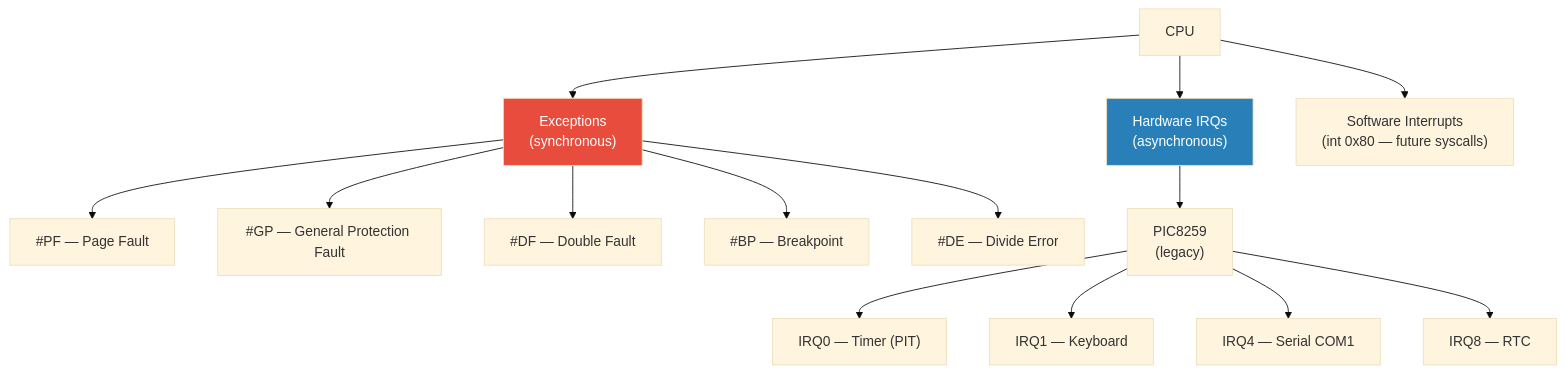
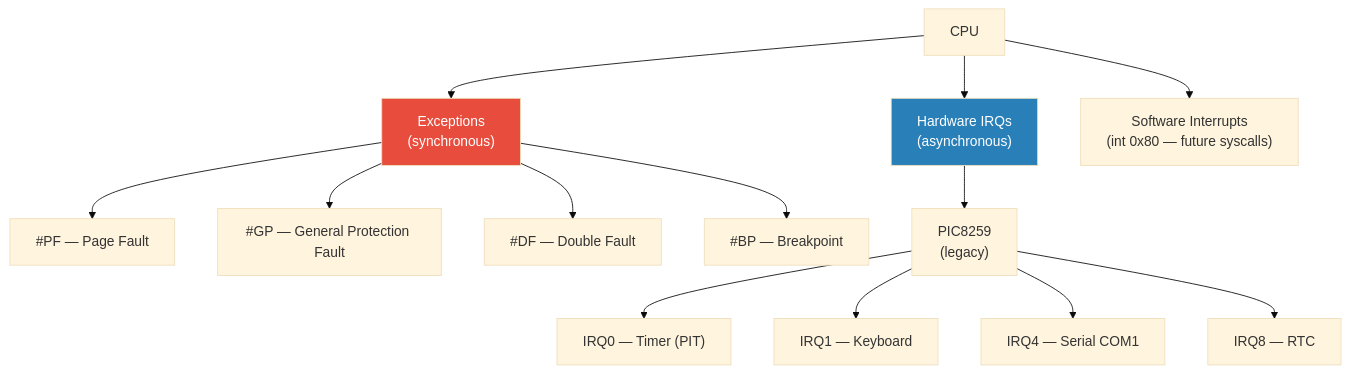
The first of 3 diagrams in docs/04-interrupts.md (mikecubed/m3OS), drawn with Mermaid (base theme) before and after one commit. The commit also changed other lines of this file and 13 other files, not shown here.

First line of the commit message:
Phase 3: Interrupts (GDT/IDT/PIC/Timer/Keyboard) (#2)

````diff
--- a/docs/04-interrupts.md
+++ b/docs/04-interrupts.md
@@ -14,21 +14,20 @@
 ```mermaid
 graph TD
-    CPU["CPU"] --> EXC["Exceptions\n(synchronous)"]
-    CPU --> HW["Hardware IRQs\n(asynchronous)"]
-    CPU --> SWI["Software Interrupts\n(int 0x80 — future syscalls)"]
+    CPU["CPU"] --> EXC["Exceptions<br/>(synchronous)"]
+    CPU --> HW["Hardware IRQs<br/>(asynchronous)"]
+    CPU --> SWI["Software Interrupts<br/>(int 0x80 — future syscalls)"]
 
     EXC --> PF["#PF — Page Fault"]
     EXC --> GP["#GP — General Protection Fault"]
     EXC --> DF["#DF — Double Fault"]
     EXC --> BP["#BP — Breakpoint"]
-    EXC --> DE["#DE — Divide Error"]
 
-    HW --> PIC["PIC8259\n(legacy)"]
+    HW --> PIC["PIC8259<br/>(legacy)"]
     PIC --> TIMER["IRQ0 — Timer (PIT)"]
     PIC --> KBD["IRQ1 — Keyboard"]
     PIC --> COM1["IRQ4 — Serial COM1"]
     PIC --> RTC["IRQ8 — RTC"]
 
     style EXC fill:#e74c3c,color:#fff
     style HW fill:#2980b9,color:#fff
 ```
````
